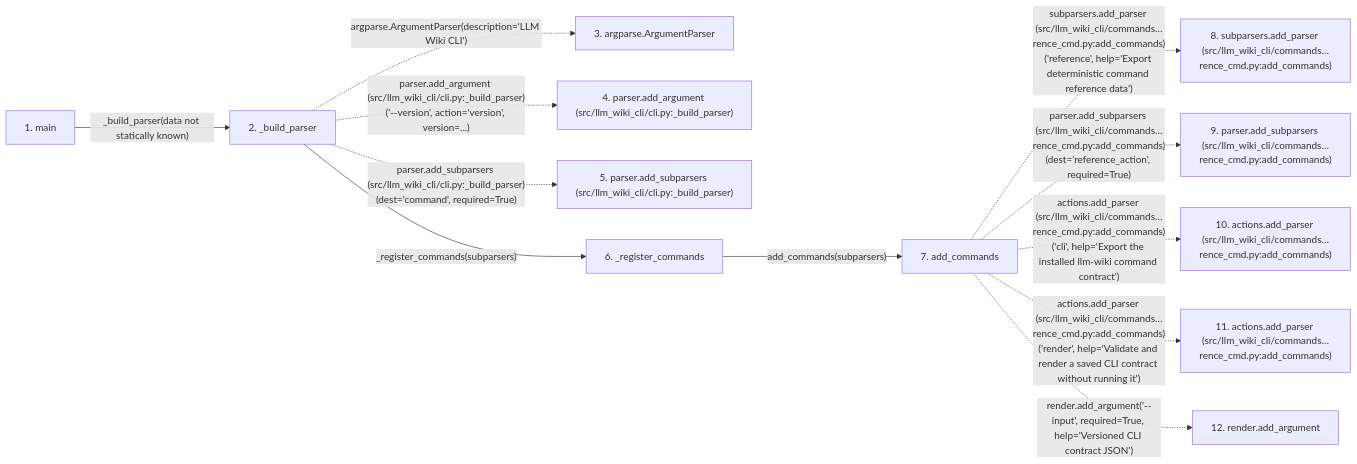
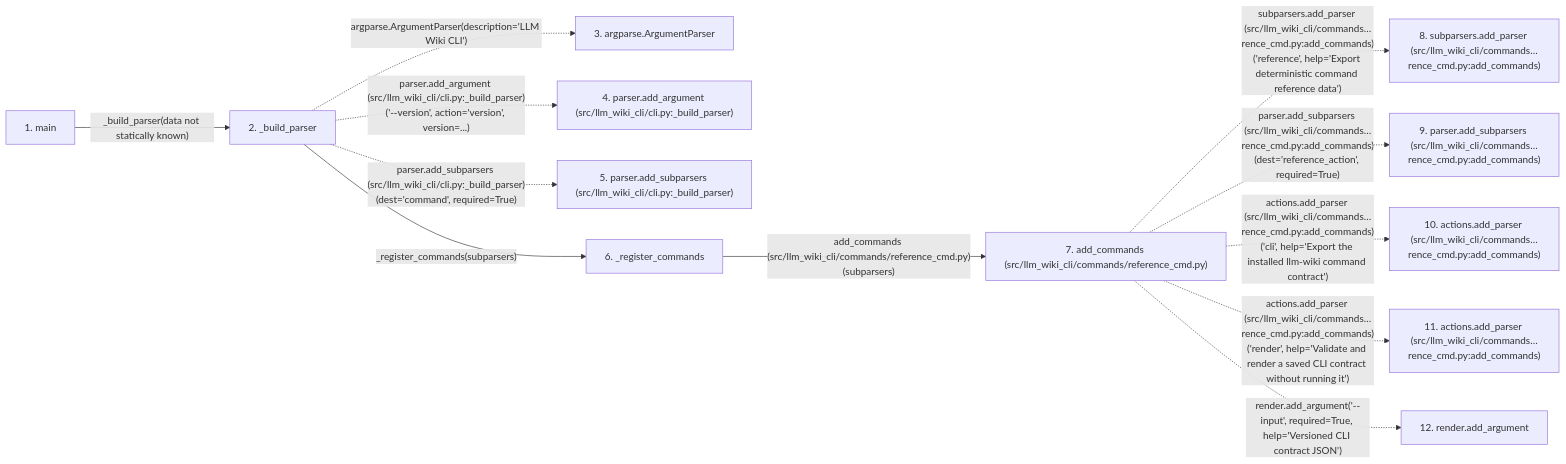
The second of 2 diagrams in docs/llm_wiki/flows/process-cli.md (Denissvgn/python-wiki-llm), drawn with Mermaid before and after one commit. The commit also changed other lines of this file and 318 other files, not shown here.

````diff
--- a/docs/llm_wiki/flows/process-cli.md
+++ b/docs/llm_wiki/flows/process-cli.md
@@ -153,30 +157,30 @@
 ```mermaid
 flowchart LR
     s1["1. main"]
     s2["2. _build_parser"]
     s3["3. argparse.ArgumentParser"]
     s4["4. parser.add_argument (src/llm_wiki_cli/cli.py:_build_parser)"]
     s5["5. parser.add_subparsers (src/llm_wiki_cli/cli.py:_build_parser)"]
     s6["6. _register_commands"]
-    s7["7. add_commands"]
+    s7["7. add_commands (src/llm_wiki_cli/commands/reference_cmd.py)"]
     s8["8. subparsers.add_parser (src/llm_wiki_cli/commands…rence_cmd.py:add_commands)"]
     s9["9. parser.add_subparsers (src/llm_wiki_cli/commands…rence_cmd.py:add_commands)"]
     s10["10. actions.add_parser (src/llm_wiki_cli/commands…rence_cmd.py:add_commands)"]
     s11["11. actions.add_parser (src/llm_wiki_cli/commands…rence_cmd.py:add_commands)"]
     s12["12. render.add_argument"]
     s1 -->|"_build_parser(data not statically known)"| s2
     s2 -. "argparse.ArgumentParser(description='LLM Wiki CLI')" .-> s3
     s2 -. "parser.add_argument (src/llm_wiki_cli/cli.py:_build_parser)('--version', action='version', version=...)" .-> s4
     s2 -. "parser.add_subparsers (src/llm_wiki_cli/cli.py:_build_parser)(dest='command', required=True)" .-> s5
     s2 -->|"_register_commands(subparsers)"| s6
-    s6 -->|"add_commands(subparsers)"| s7
+    s6 -->|"add_commands (src/llm_wiki_cli/commands/reference_cmd.py)(subparsers)"| s7
     s7 -. "subparsers.add_parser (src/llm_wiki_cli/commands…rence_cmd.py:add_commands)('reference', help='Export deterministic command reference data')" .-> s8
     s7 -. "parser.add_subparsers (src/llm_wiki_cli/commands…rence_cmd.py:add_commands)(dest='reference_action', required=True)" .-> s9
     s7 -. "actions.add_parser (src/llm_wiki_cli/commands…rence_cmd.py:add_commands)('cli', help='Export the installed llm-wiki command contract')" .-> s10
     s7 -. "actions.add_parser (src/llm_wiki_cli/commands…rence_cmd.py:add_commands)('render', help='Validate and render a saved CLI contract without running it')" .-> s11
     s7 -. "render.add_argument('--input', required=True, help='Versioned CLI contract JSON')" .-> s12
     click s1 "../modules/cli.md"
     click s2 "../modules/cli.md"
     click s6 "../modules/cli.md"
     click s7 "../modules/reference_cmd.md"
 ```
````
